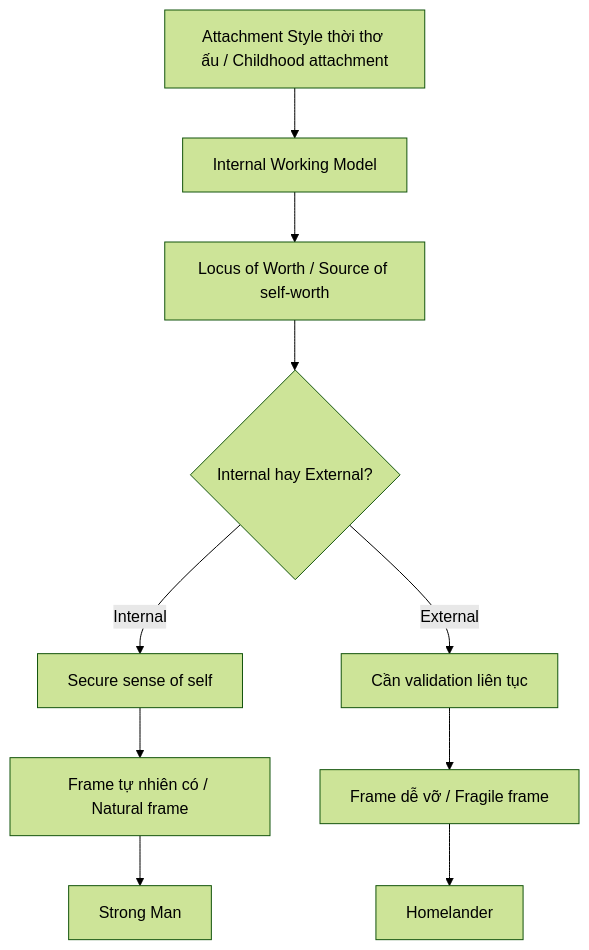
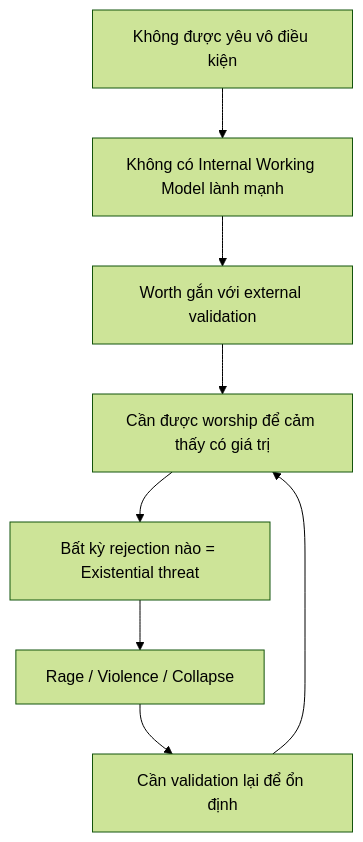
One commit to dyukahi/knowledge changed the diagram in mental-models/Sức Mạnh Nội Tại - Homelander Paradox.md. Above: the diagram before and after it, drawn with Mermaid (forest theme). The commit also changed other lines of this file, not shown here.

Commit message:
Rewrite: Sức Mạnh Nội Tại - clearer structure, defined terms, deeper Hollywood connection

````diff
--- a/mental-models/Sức Mạnh Nội Tại - Homelander Paradox.md
+++ b/mental-models/Sức Mạnh Nội Tại - Homelander Paradox.md
@@ -154,15 +139,10 @@
 ```mermaid
 flowchart TD
-    A[Attachment Style thời thơ ấu / Childhood attachment] --> B[Internal Working Model]
-    B --> C[Locus of Worth / Source of self-worth]
-    C --> D{Internal hay External?}
-    
-    D -->|Internal| E[Secure sense of self]
-    D -->|External| F[Cần validation liên tục]
-    
-    E --> G[Frame tự nhiên có / Natural frame]
-    F --> H[Frame dễ vỡ / Fragile frame]
-    
-    G --> I[Strong Man]
-    H --> J[Homelander]
+    A[Không được yêu vô điều kiện] --> B[Không có Internal Working Model lành mạnh]
+    B --> C[Worth gắn với external validation]
+    C --> D[Cần được worship để cảm thấy có giá trị]
+    D --> E[Bất kỳ rejection nào = Existential threat]
+    E --> F[Rage / Violence / Collapse]
+    F --> G[Cần validation lại để ổn định]
+    G --> D
 ```
````
